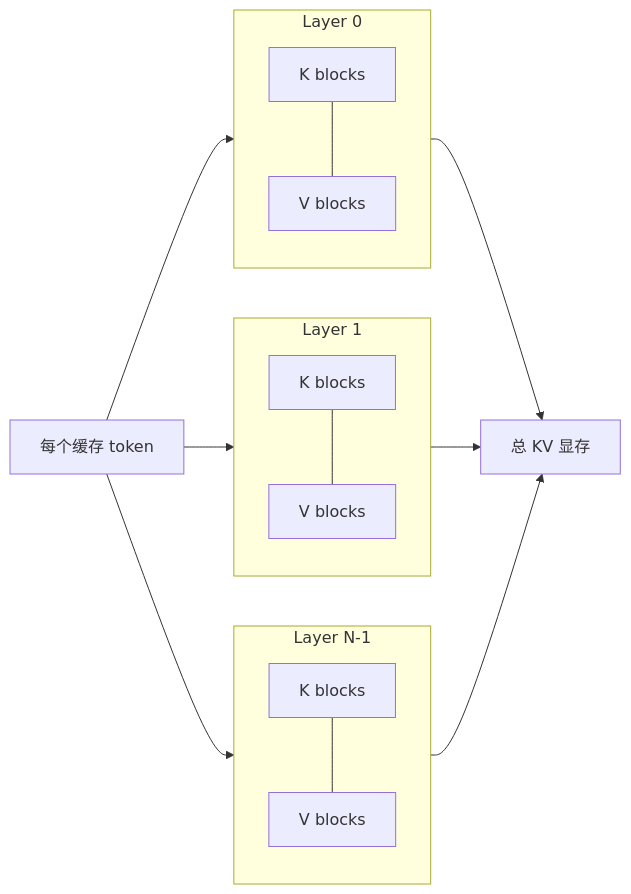
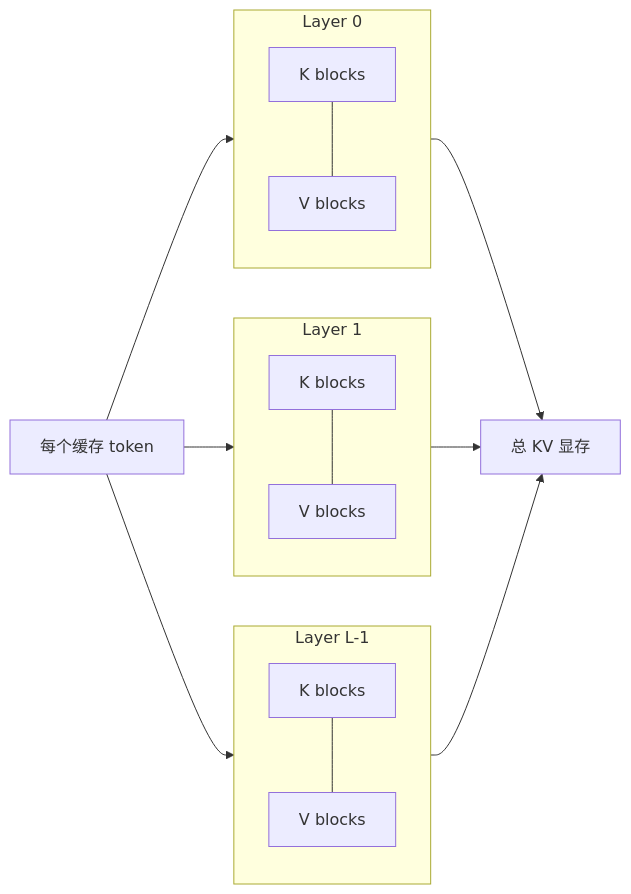
One commit to cluster1900/vllm_reader changed diagram 14 of 16 in book/01-transformer-inference/README.md. Above: the diagram before and after it, drawn with Mermaid. The commit also changed other lines of this file and 1 other file, not shown here.

Commit message:
docs(ch01): F/D 批次 B1 — 公式逐式核对与讲解、3 张新图、符号统一 (#128)

````diff
--- a/book/01-transformer-inference/README.md
+++ b/book/01-transformer-inference/README.md
@@ -966,18 +1391,18 @@
 ```mermaid
 flowchart LR
     subgraph L0[Layer 0]
       K0[K blocks] --- V0[V blocks]
     end
     subgraph L1[Layer 1]
       K1[K blocks] --- V1[V blocks]
     end
-    subgraph LN[Layer N-1]
+    subgraph LN[Layer L-1]
       KN[K blocks] --- VN[V blocks]
     end
     Tokens[每个缓存 token] --> L0
     Tokens --> L1
     Tokens --> LN
     L0 --> Memory[总 KV 显存]
     L1 --> Memory
     LN --> Memory
 ```
````
